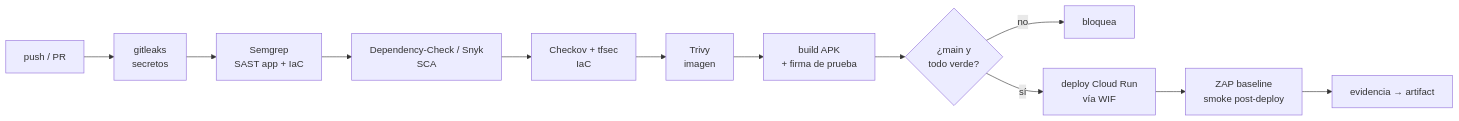
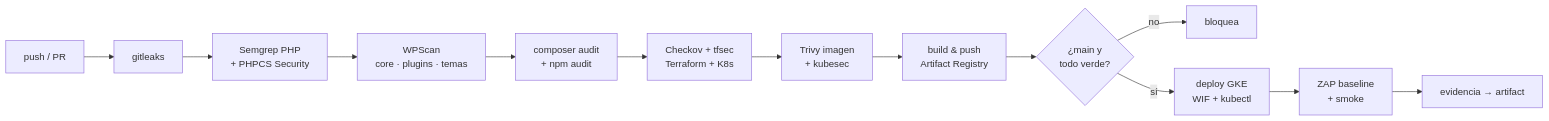
Before and after one commit to Joliva07/ProyectoFinal_SeguridadEnAplicaciones: the diagram in docs/03-devsecops/pipeline.md, drawn with Mermaid. The commit also changed other lines of this file and 38 other files, not shown here.

Commit message:
docs: cambio de alcance a Opción B (WordPress/WooCommerce en GKE) en todo el proyecto

````diff
--- a/docs/03-devsecops/pipeline.md
+++ b/docs/03-devsecops/pipeline.md
@@ -11,14 +11,15 @@
 ```mermaid
 flowchart LR
-    A["push / PR"] --> B["gitleaks<br/>secretos"]
-    B --> C["Semgrep<br/>SAST app + IaC"]
-    C --> D["Dependency-Check / Snyk<br/>SCA"]
-    D --> E["Checkov + tfsec<br/>IaC"]
-    E --> F["Trivy<br/>imagen"]
-    F --> G["build APK<br/>+ firma de prueba"]
-    G --> H{"¿main y<br/>todo verde?"}
-    H -->|no| X["bloquea"]
-    H -->|sí| I["deploy Cloud Run<br/>vía WIF"]
-    I --> J["ZAP baseline<br/>smoke post-deploy"]
-    J --> K["evidencia → artifact"]
+    A["push / PR"] --> B["gitleaks"]
+    B --> C["Semgrep PHP<br/>+ PHPCS Security"]
+    C --> D["WPScan<br/>core · plugins · temas"]
+    D --> E["composer audit<br/>+ npm audit"]
+    E --> F["Checkov + tfsec<br/>Terraform + K8s"]
+    F --> G["Trivy imagen<br/>+ kubesec"]
+    G --> H["build & push<br/>Artifact Registry"]
+    H --> I{"¿main y<br/>todo verde?"}
+    I -->|no| X["bloquea"]
+    I -->|sí| J["deploy GKE<br/>WIF + kubectl"]
+    J --> K["ZAP baseline<br/>+ smoke"]
+    K --> L["evidencia → artifact"]
 ```
````
